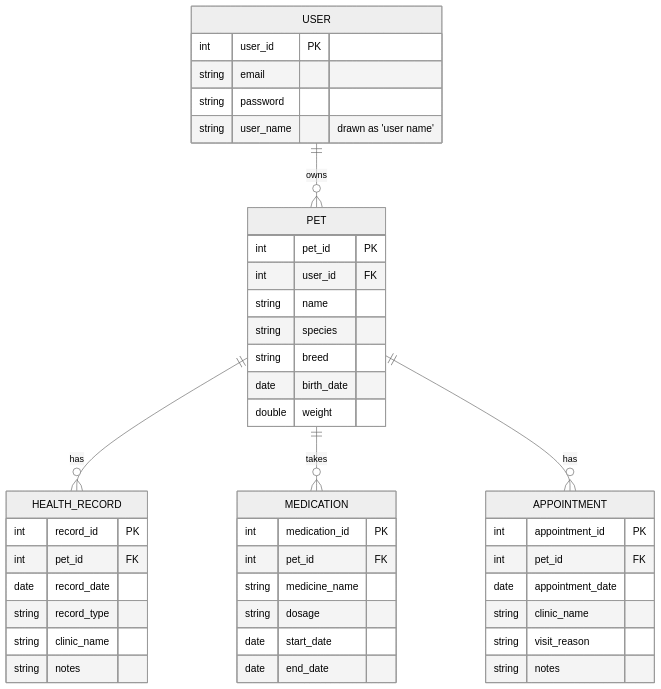
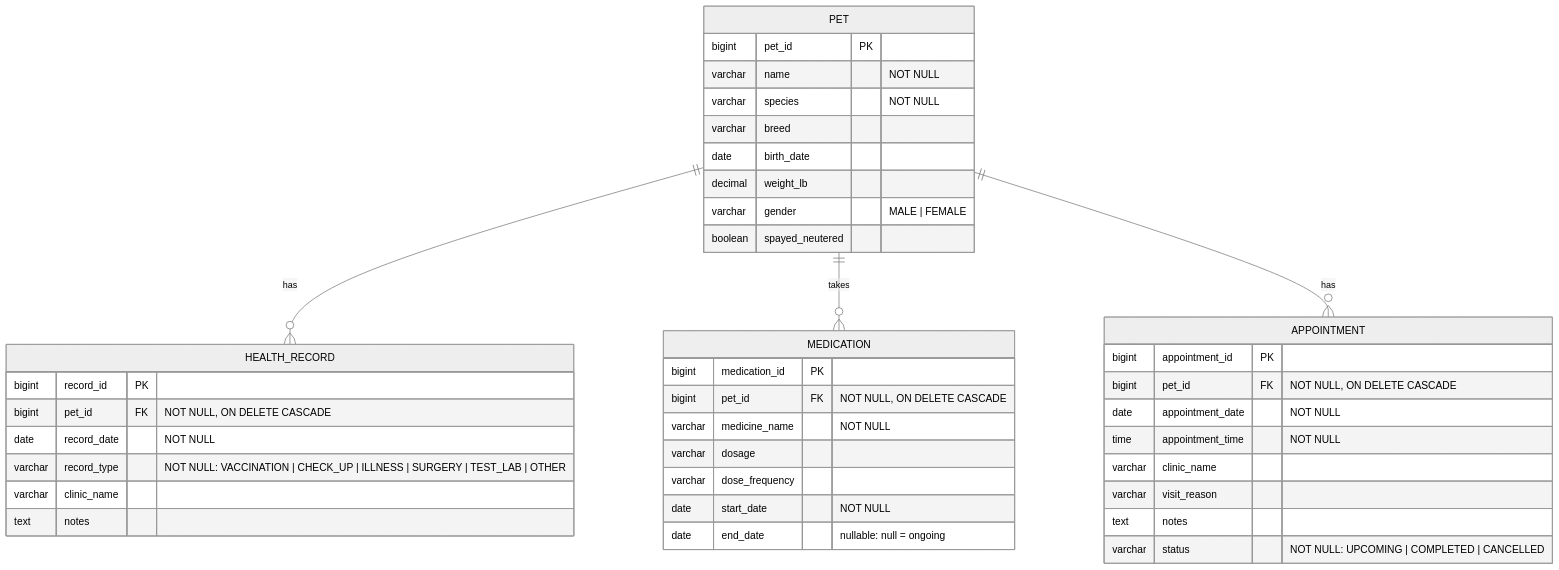
One commit to tobykpcheng/pet-health-tracker changed the diagram in designs/db-design/pet-health-erd.md. Above: the diagram before and after it, drawn with Mermaid (neutral theme). The commit also changed other lines of this file and 11 other files, not shown here.

````diff
--- a/designs/db-design/pet-health-erd.md
+++ b/designs/db-design/pet-health-erd.md
@@ -6,51 +7,47 @@
 ```mermaid
 erDiagram
-    USER ||--o{ PET : owns
     PET  ||--o{ HEALTH_RECORD : has
     PET  ||--o{ MEDICATION : takes
     PET  ||--o{ APPOINTMENT : has
 
-    USER {
-        int    user_id PK
-        string email
-        string password
-        string user_name "drawn as 'user name'"
-    }
-
     PET {
-        int    pet_id PK
-        int    user_id FK
-        string name
-        string species
-        string breed
-        date   birth_date
-        double weight
+        bigint  pet_id PK
+        varchar name "NOT NULL"
+        varchar species "NOT NULL"
+        varchar breed
+        date    birth_date
+        decimal weight_lb
+        varchar gender "MALE | FEMALE"
+        boolean spayed_neutered
     }
 
     HEALTH_RECORD {
-        int    record_id PK
-        int    pet_id FK
-        date   record_date
-        string record_type
-        string clinic_name
-        string notes
+        bigint  record_id PK
+        bigint  pet_id FK "NOT NULL, ON DELETE CASCADE"
+        date    record_date "NOT NULL"
+        varchar record_type "NOT NULL: VACCINATION | CHECK_UP | ILLNESS | SURGERY | TEST_LAB | OTHER"
+        varchar clinic_name
+        text    notes
     }
 
     MEDICATION {
-        int    medication_id PK
-        int    pet_id FK
-        string medicine_name
-        string dosage
-        date   start_date
-        date   end_date
+        bigint  medication_id PK
+        bigint  pet_id FK "NOT NULL, ON DELETE CASCADE"
+        varchar medicine_name "NOT NULL"
+        varchar dosage
+        varchar dose_frequency
+        date    start_date "NOT NULL"
+        date    end_date "nullable: null = ongoing"
     }
 
     APPOINTMENT {
-        int    appointment_id PK
-        int    pet_id FK
-        date   appointment_date
-        string clinic_name
-        string visit_reason
-        string notes
+        bigint  appointment_id PK
+        bigint  pet_id FK "NOT NULL, ON DELETE CASCADE"
+        date    appointment_date "NOT NULL"
+        time    appointment_time "NOT NULL"
+        varchar clinic_name
+        varchar visit_reason
+        text    notes
+        varchar status "NOT NULL: UPCOMING | COMPLETED | CANCELLED"
     }
 ```
````
